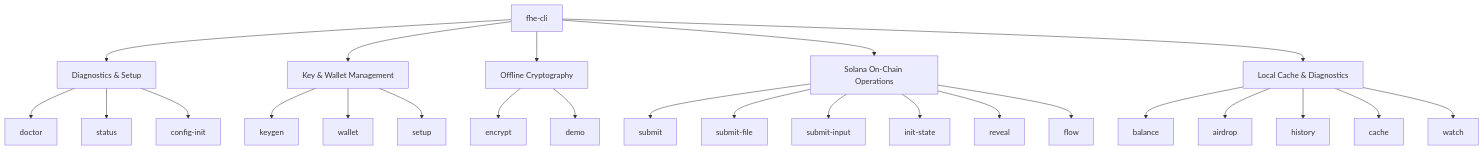
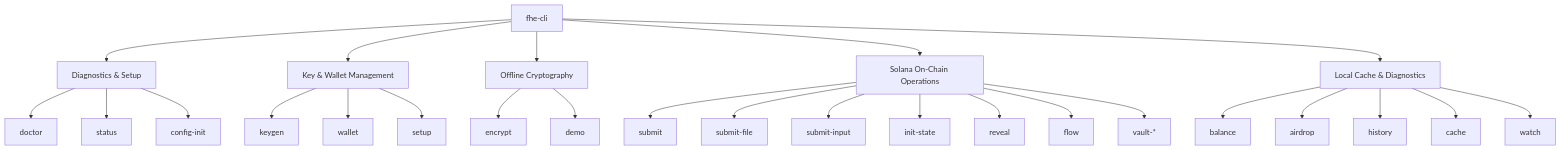
One commit to fhestate/fhestate-rs changed the diagram in docs/CLI.md. Above: the diagram before and after it, drawn with Mermaid. The commit also changed other lines of this file, not shown here.

Commit message:
docs(cli): add shielded vault helper commands and Devnet walkthrough

````diff
--- a/docs/CLI.md
+++ b/docs/CLI.md
@@ -13,32 +13,33 @@
 ```mermaid
 graph TD
     A[fhe-cli] --> B[Diagnostics & Setup]
     A --> C[Key & Wallet Management]
     A --> D[Offline Cryptography]
     A --> E[Solana On-Chain Operations]
     A --> F[Local Cache & Diagnostics]
 
     B --> B1[doctor]
     B --> B2[status]
     B --> B3[config-init]
 
     C --> C1[keygen]
     C --> C2[wallet]
     C --> C3[setup]
 
     D --> D1[encrypt]
     D --> D2[demo]
 
     E --> E1[submit]
     E --> E2[submit-file]
     E --> E3[submit-input]
     E --> E4[init-state]
     E --> E5[reveal]
     E --> E6[flow]
+    E --> E7[vault-*]
 
     F --> F1[balance]
     F --> F2[airdrop]
     F --> F3[history]
     F --> F4[cache]
     F --> F5[watch]
 ```
````
